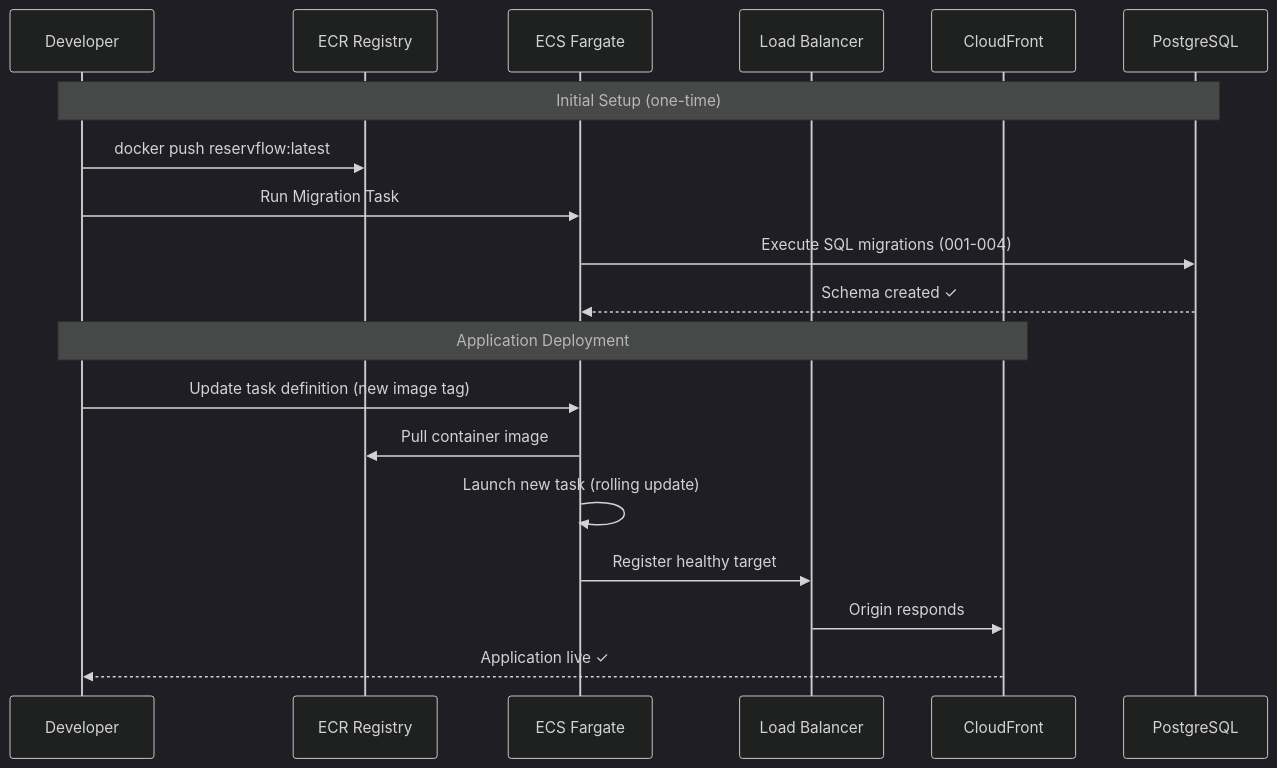
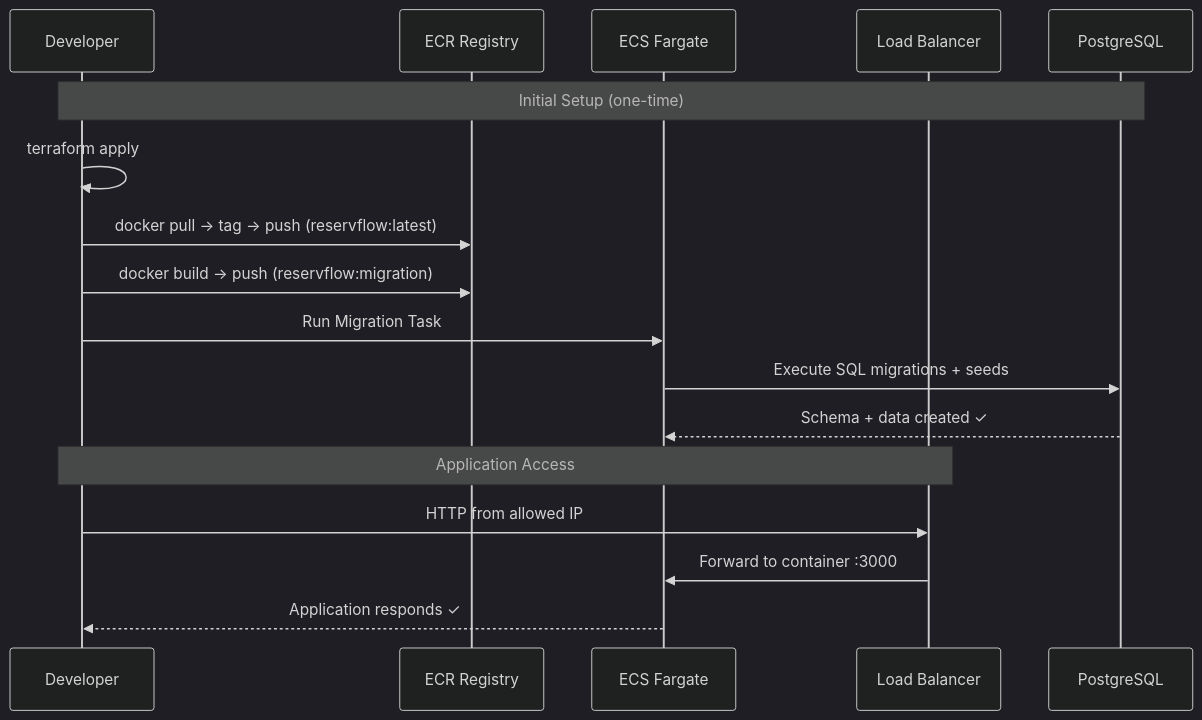
Before and after one commit to Danieltlacuache/Hotel_Reservation_Proyect: the fourth of 4 diagrams in README.md, drawn with Mermaid (dark theme). The commit also changed other lines of this file and 46 other files, not shown here.

````diff
--- a/README.md
+++ b/README.md
@@ -174,23 +195,21 @@
 ```mermaid
 sequenceDiagram
     participant Dev as Developer
     participant ECR as ECR Registry
     participant ECS as ECS Fargate
     participant ALB as Load Balancer
-    participant CF as CloudFront
     participant RDS as PostgreSQL
 
     Note over Dev,RDS: Initial Setup (one-time)
-    Dev->>ECR: docker push reservflow:latest
+    Dev->>Dev: terraform apply
+    Dev->>ECR: docker pull → tag → push (reservflow:latest)
+    Dev->>ECR: docker build → push (reservflow:migration)
     Dev->>ECS: Run Migration Task
-    ECS->>RDS: Execute SQL migrations (001-004)
-    RDS-->>ECS: Schema created ✓
+    ECS->>RDS: Execute SQL migrations + seeds
+    RDS-->>ECS: Schema + data created ✓
 
-    Note over Dev,CF: Application Deployment
-    Dev->>ECS: Update task definition (new image tag)
-    ECS->>ECR: Pull container image
-    ECS->>ECS: Launch new task (rolling update)
-    ECS->>ALB: Register healthy target
-    ALB->>CF: Origin responds
-    CF-->>Dev: Application live ✓
+    Note over Dev,ALB: Application Access
+    Dev->>ALB: HTTP from allowed IP
+    ALB->>ECS: Forward to container :3000
+    ECS-->>Dev: Application responds ✓
 ```
````
